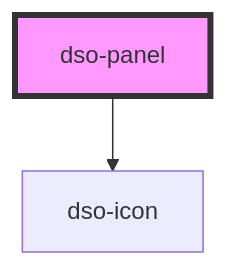
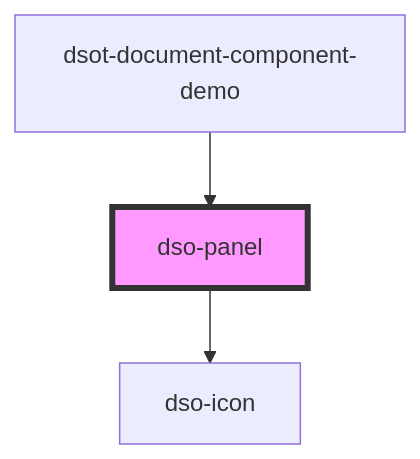
Before and after one commit to dso-toolkit/dso-toolkit: the diagram in packages/core/src/components/panel/readme.md, drawn with Mermaid. The commit also changed other lines of this file and 27 other files, not shown here.

Commit message:
#2765 [Changed] Document Component: Panel implementeren

````diff
--- a/packages/core/src/components/panel/readme.md
+++ b/packages/core/src/components/panel/readme.md
@@ -29,5 +33,6 @@
 ```mermaid
 graph TD;
   dso-panel --> dso-icon
+  dsot-document-component-demo --> dso-panel
   style dso-panel fill:#f9f,stroke:#333,stroke-width:4px
 ```
````
